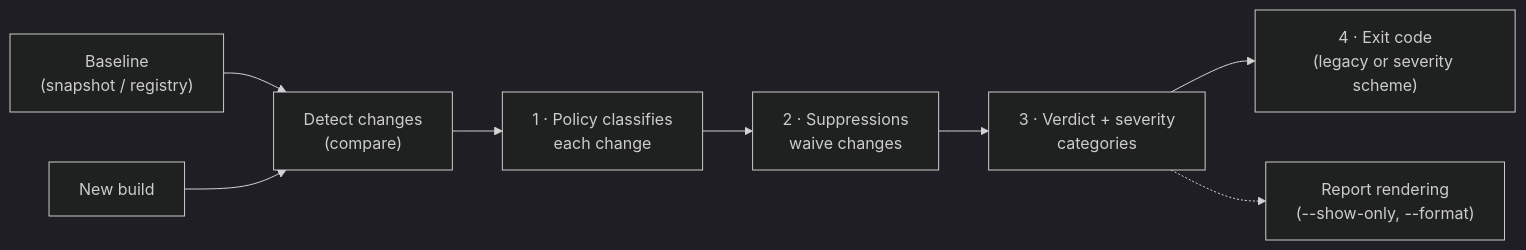
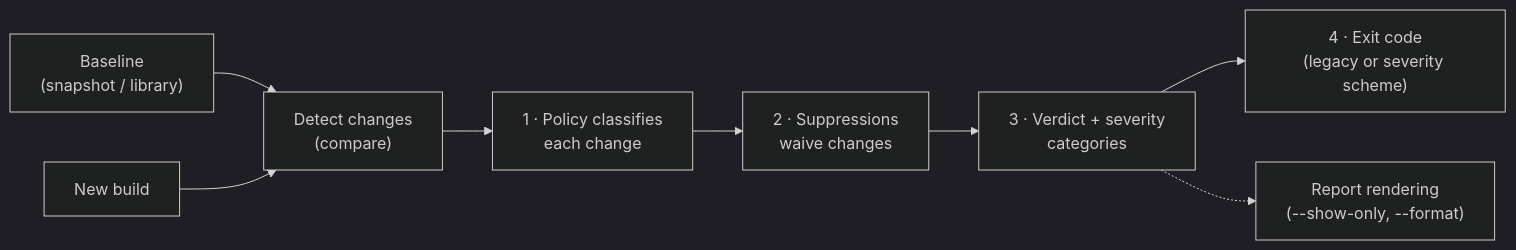
The diagram in docs/user-guide/ci-gating.md (abicheck/abicheck), drawn with Mermaid (dark theme) before and after one commit. The commit also changed other lines of this file and 44 other files, not shown here.

````diff
--- a/docs/user-guide/ci-gating.md
+++ b/docs/user-guide/ci-gating.md
@@ -9,10 +9,10 @@
 ```mermaid
 flowchart LR
-    B["Baseline<br/>(snapshot / registry)"] --> D["Detect changes<br/>(compare)"]
+    B["Baseline<br/>(snapshot / library)"] --> D["Detect changes<br/>(compare)"]
     N["New build"] --> D
     D --> P["1 · Policy classifies<br/>each change"]
     P --> S["2 · Suppressions<br/>waive changes"]
     S --> V["3 · Verdict + severity<br/>categories"]
     V --> E["4 · Exit code<br/>(legacy or severity scheme)"]
     V -.-> R["Report rendering<br/>(--show-only, --format)"]
 ```
````
